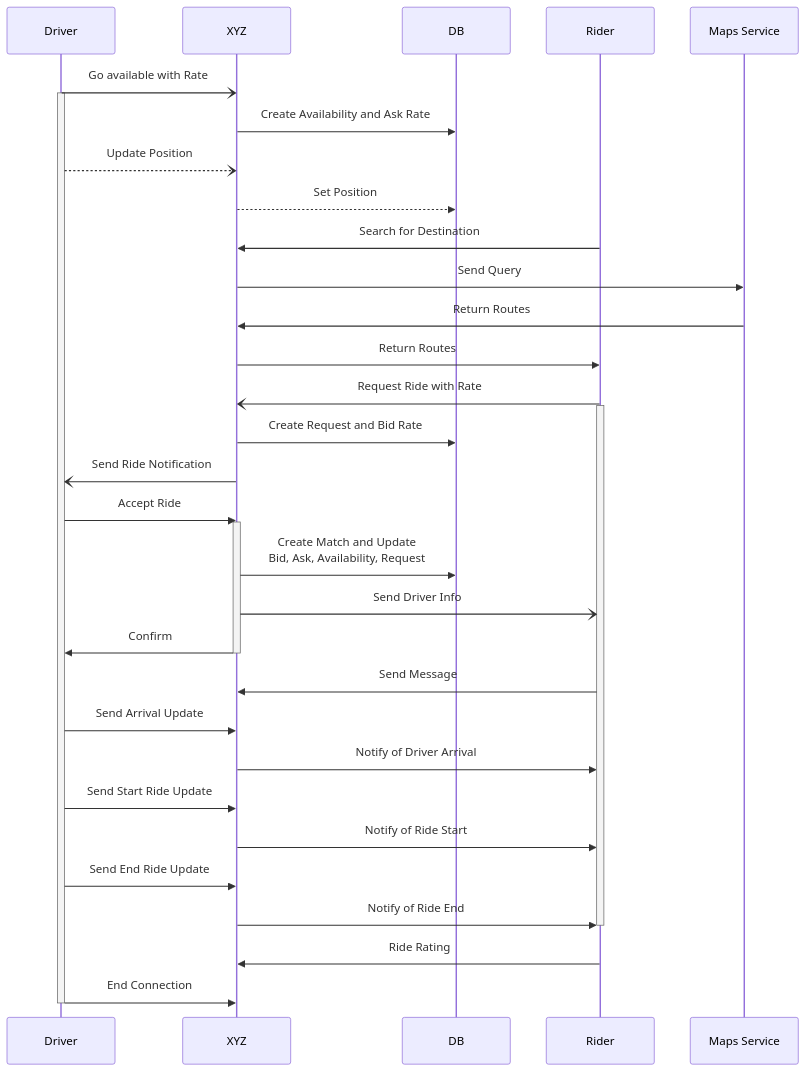
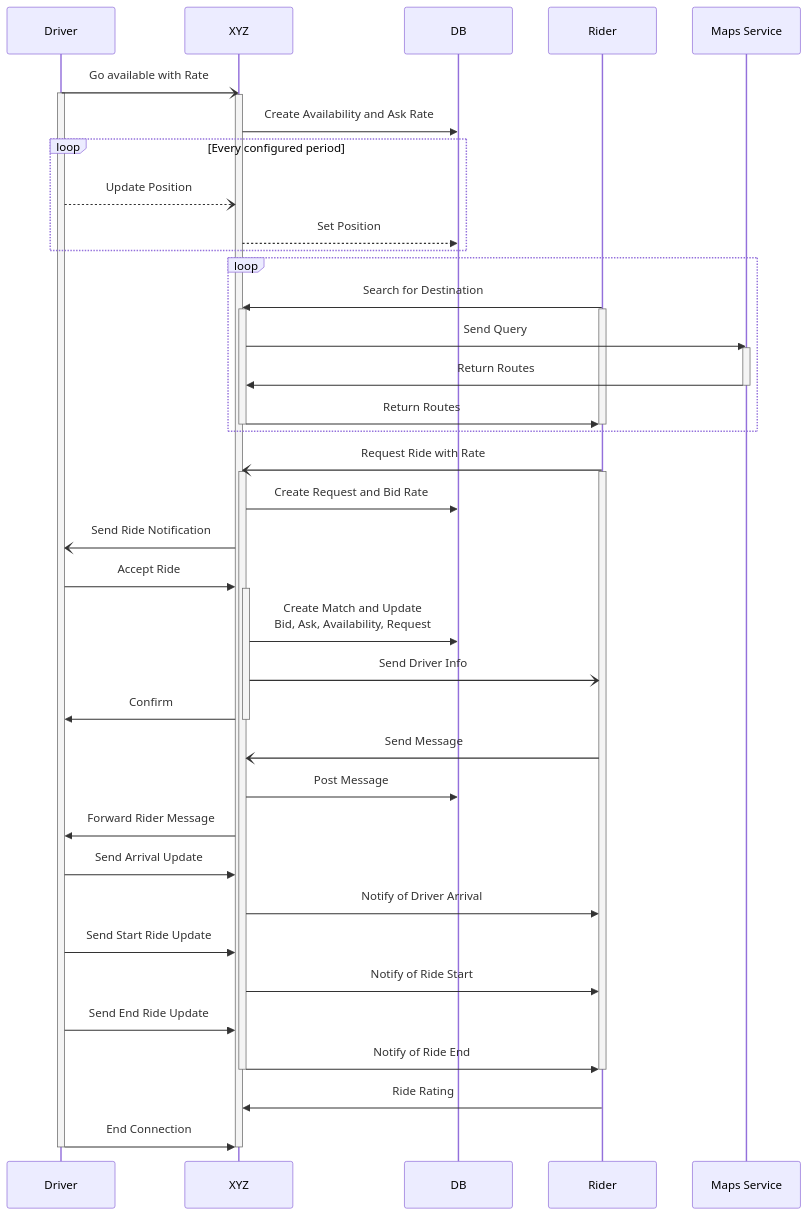
One commit to Pointyware/XYZ changed the diagram in api/ride-sequence.md. Above: the diagram before and after it, drawn with Mermaid.

Commit message:
Add loops and activation to ride sequence diagram

````diff
--- a/api/ride-sequence.md
+++ b/api/ride-sequence.md
@@ -3,48 +3,64 @@
 ```mermaid
 
 sequenceDiagram
     participant Driver
     participant XYZ
     participant DB
     participant Rider
     participant Map as Maps Service
 
     Driver-)XYZ: Go available with Rate
     activate Driver
+    activate XYZ
     XYZ->>DB: Create Availability and Ask Rate
-    Driver--)XYZ: Update Position
-    XYZ-->>DB: Set Position
+    loop Every configured period
+        Driver--)XYZ: Update Position
+        XYZ-->>DB: Set Position
+    end
 
-    Rider->>XYZ: Search for Destination
-    XYZ->>Map: Send Query
-    Map->>XYZ: Return Routes
-    XYZ->>Rider: Return Routes
+    loop
+        Rider->>XYZ: Search for Destination
+        activate Rider
+        activate XYZ
+        XYZ->>Map: Send Query
+        activate Map
+        Map->>XYZ: Return Routes
+        deactivate Map
+        XYZ->>Rider: Return Routes
+        deactivate Rider
+        deactivate XYZ
+    end
     Rider-)XYZ: Request Ride with Rate
     activate Rider
+    activate XYZ
     XYZ->>DB: Create Request and Bid Rate
 
     
     XYZ-)Driver: Send Ride Notification
     Driver->>XYZ: Accept Ride
     activate XYZ
     XYZ->>DB: Create Match and Update<br>Bid, Ask, Availability, Request
     XYZ-)Rider: Send Driver Info
     XYZ->>Driver: Confirm
     deactivate XYZ
 
-    Rider->>XYZ: Send Message
+    Rider-)XYZ: Send Message
+    XYZ->>DB: Post Message
+    XYZ->>Driver: Forward Rider Message
 
     Driver->>XYZ: Send Arrival Update
     XYZ->>Rider: Notify of Driver Arrival
     Driver->>XYZ: Send Start Ride Update
     XYZ->>Rider: Notify of Ride Start
     Driver->>XYZ: Send End Ride Update
     XYZ->>Rider: Notify of Ride End
     deactivate Rider
+    deactivate XYZ
 
     Rider->>XYZ: Ride Rating
 
     Driver->>XYZ: End Connection
     deactivate Driver
+    deactivate XYZ
 
 ```
````
